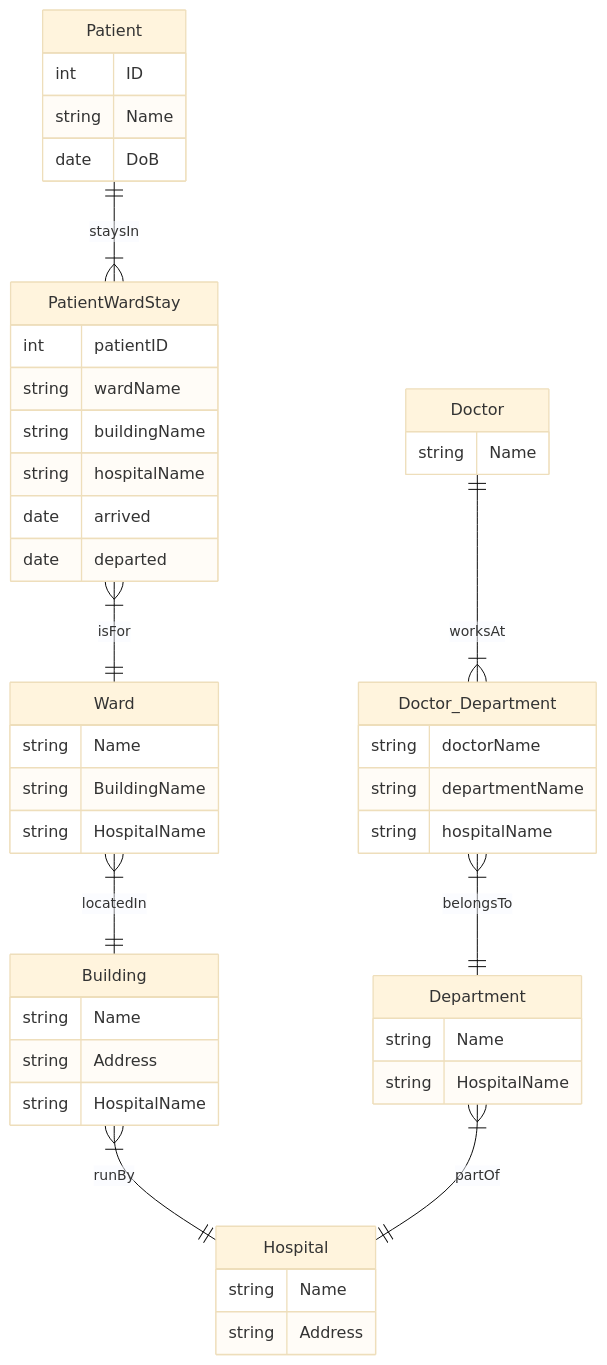
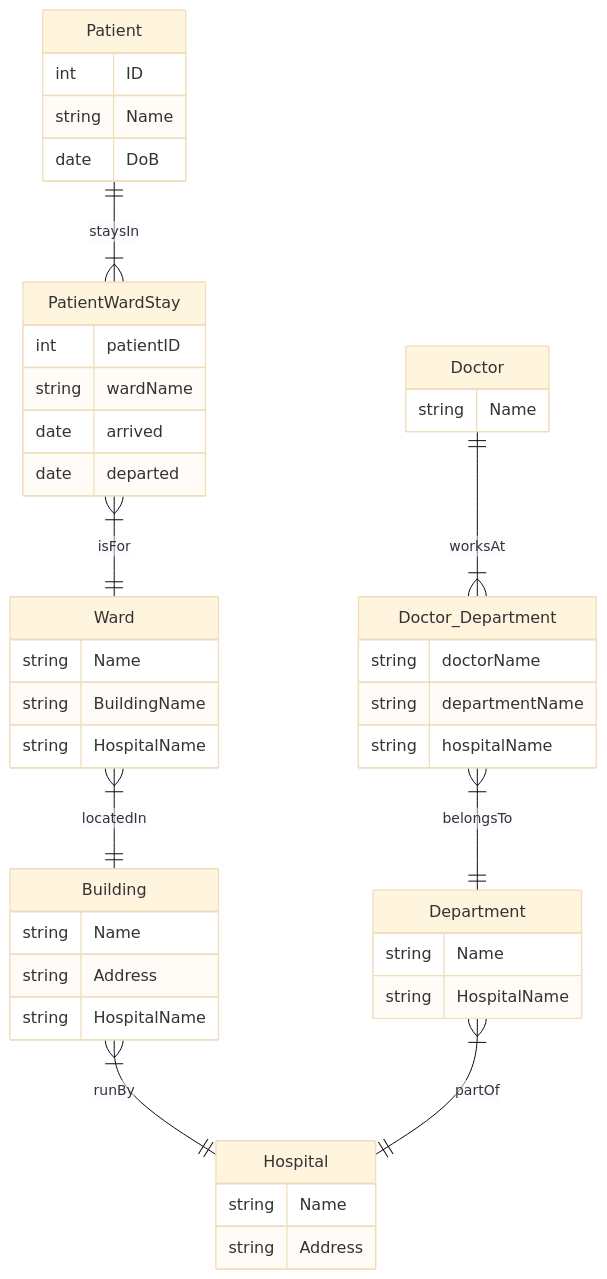
One commit to sreent/data-management-intro changed the diagram in Lectures/Solution Sheets - March 2022.md. Above: the diagram before and after it, drawn with Mermaid (base theme). The commit also changed other lines of this file, not shown here.

````diff
--- a/Lectures/Solution Sheets - March 2022.md
+++ b/Lectures/Solution Sheets - March 2022.md
@@ -496,63 +492,61 @@
 ```mermaid
 erDiagram
 
     Patient {
         int ID
         string Name
         date DoB
     }
 
     Ward {
         string Name
         string BuildingName
         string HospitalName
     }
 
     Building {
         string Name
         string Address
         string HospitalName
     }
 
     Hospital {
         string Name
         string Address
     }
 
     Department {
         string Name
         string HospitalName
     }
 
     Doctor {
         string Name
     }
 
     PatientWardStay {
         int patientID
         string wardName
-        string buildingName
-        string hospitalName
         date arrived
         date departed
     }
 
     Doctor_Department {
         string doctorName
         string departmentName
         string hospitalName
     }
 
     %% Relationships
 
     Patient ||--|{ PatientWardStay : "staysIn"
     PatientWardStay }|--|| Ward : "isFor"
 
     Ward }|--|| Building : "locatedIn"
     Building }|--|| Hospital : "runBy"
 
     Department }|--|| Hospital : "partOf" 
     Doctor ||--|{ Doctor_Department : "worksAt"
     Doctor_Department }|--|| Department : "belongsTo"
 
 ```
````
